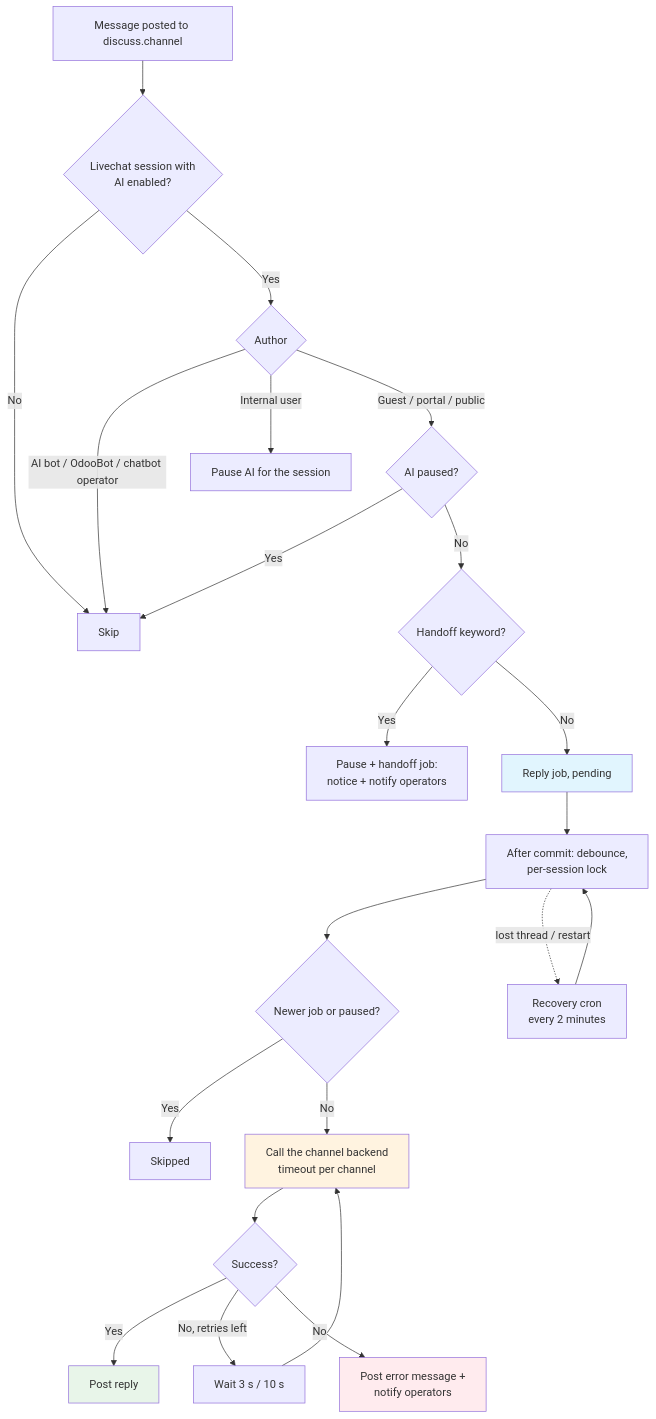
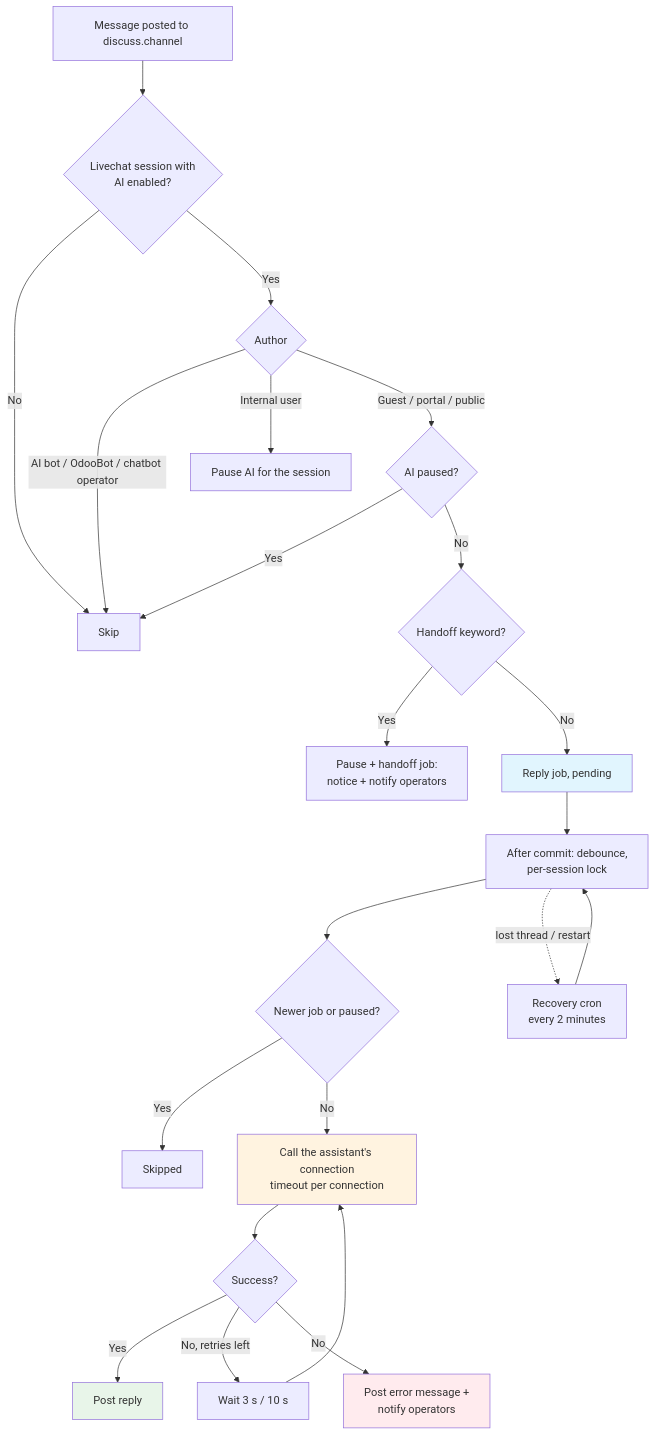
The second of 2 diagrams in README.md (WOOWTECH/Woow_odoo_ai_livechat), drawn with Mermaid before and after one commit. The commit also changed other lines of this file and 4 other files, not shown here.

````diff
--- a/README.md
+++ b/README.md
@@ -195,27 +280,27 @@
 ```mermaid
 flowchart TD
     A[Message posted to discuss.channel] --> B{Livechat session with<br/>AI enabled?}
     B -->|No| Z[Skip]
     B -->|Yes| C{Author}
     C -->|AI bot / OdooBot / chatbot operator| Z
     C -->|Internal user| P[Pause AI for the session]
     C -->|Guest / portal / public| D{AI paused?}
     D -->|Yes| Z
     D -->|No| E{Handoff keyword?}
     E -->|Yes| H[Pause + handoff job:<br/>notice + notify operators]
     E -->|No| F[Reply job, pending]
     F --> G[After commit: debounce,<br/>per-session lock]
     G --> I{Newer job or paused?}
     I -->|Yes| S[Skipped]
-    I -->|No| J[Call the channel backend<br/>timeout per channel]
+    I -->|No| J[Call the assistant's connection<br/>timeout per connection]
     J --> K{Success?}
     K -->|Yes| L[Post reply]
     K -->|No, retries left| R[Wait 3 s / 10 s] --> J
     K -->|No| M[Post error message +<br/>notify operators]
     G -.lost thread / restart.-> C2[Recovery cron<br/>every 2 minutes] --> G
 
     style F fill:#e1f5fe
     style J fill:#fff3e0
     style L fill:#e8f5e9
     style M fill:#ffebee
 ```
````
